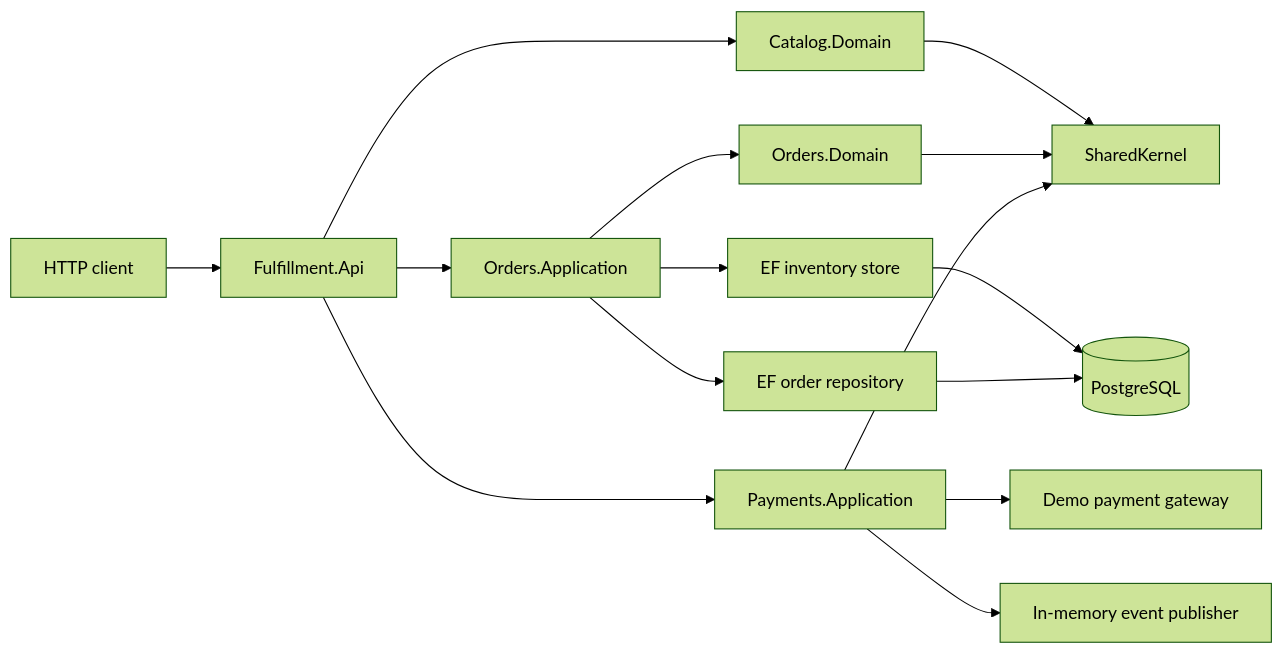
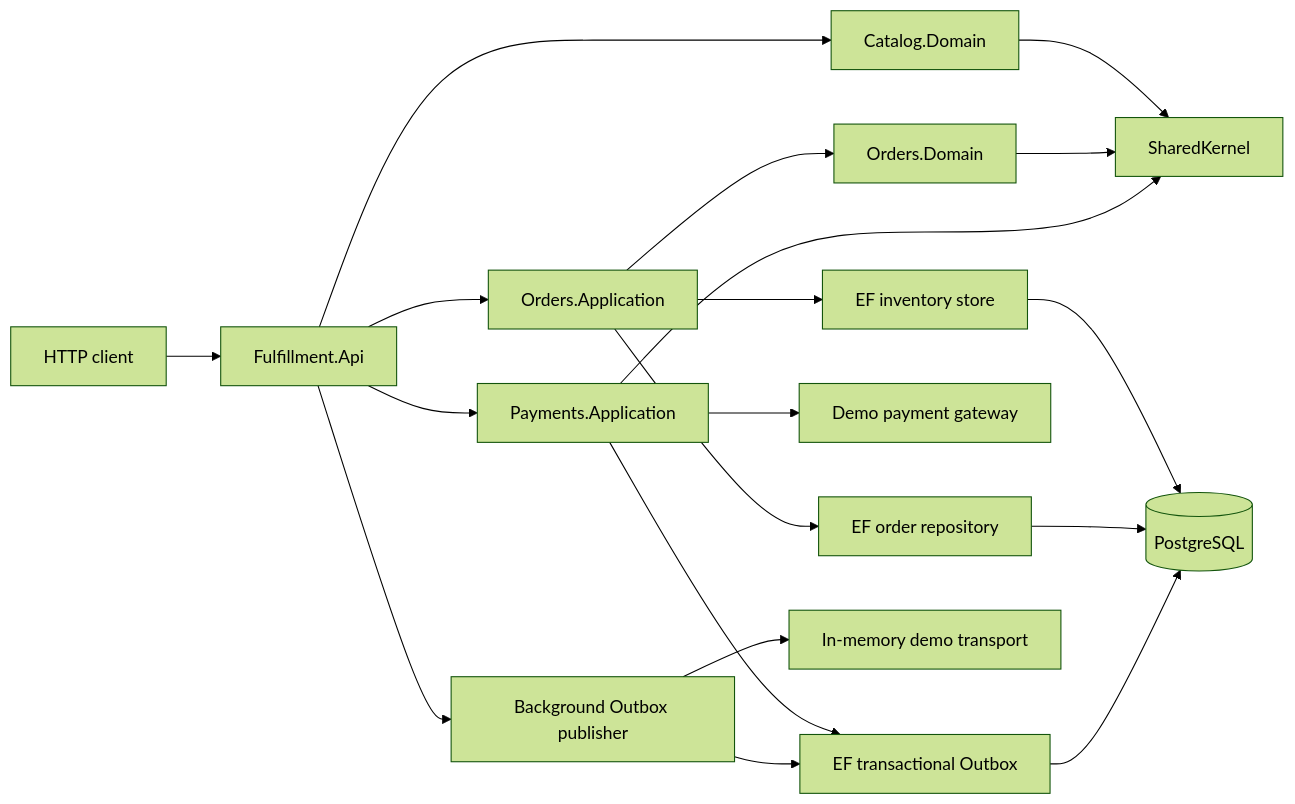
The first of 2 diagrams in docs/architecture/overview.md (1babii1/fulfillment-platform-backend), drawn with Mermaid (forest theme) before and after one commit. The commit also changed other lines of this file and 16 other files, not shown here.

Commit message:
feat(outbox): publish order events transactionally (#18)

````diff
--- a/docs/architecture/overview.md
+++ b/docs/architecture/overview.md
@@ -13,17 +13,21 @@
 ```mermaid
 flowchart LR
     Client[HTTP client] --> Api[Fulfillment.Api]
     Api --> Catalog[Catalog.Domain]
     Api --> OrdersApp[Orders.Application]
     OrdersApp --> Orders[Orders.Domain]
     OrdersApp --> Inventory[EF inventory store]
     OrdersApp --> OrderRepository[EF order repository]
     Inventory --> Database[(PostgreSQL)]
     OrderRepository --> Database
     Api --> Payments[Payments.Application]
     Payments --> Gateway[Demo payment gateway]
-    Payments --> Events[In-memory event publisher]
+    Payments --> Outbox[EF transactional Outbox]
+    Outbox --> Database
+    Api --> Publisher[Background Outbox publisher]
+    Publisher --> Outbox
+    Publisher --> Transport[In-memory demo transport]
     Catalog --> Shared[SharedKernel]
     Orders --> Shared
     Payments --> Shared
 ```
````
